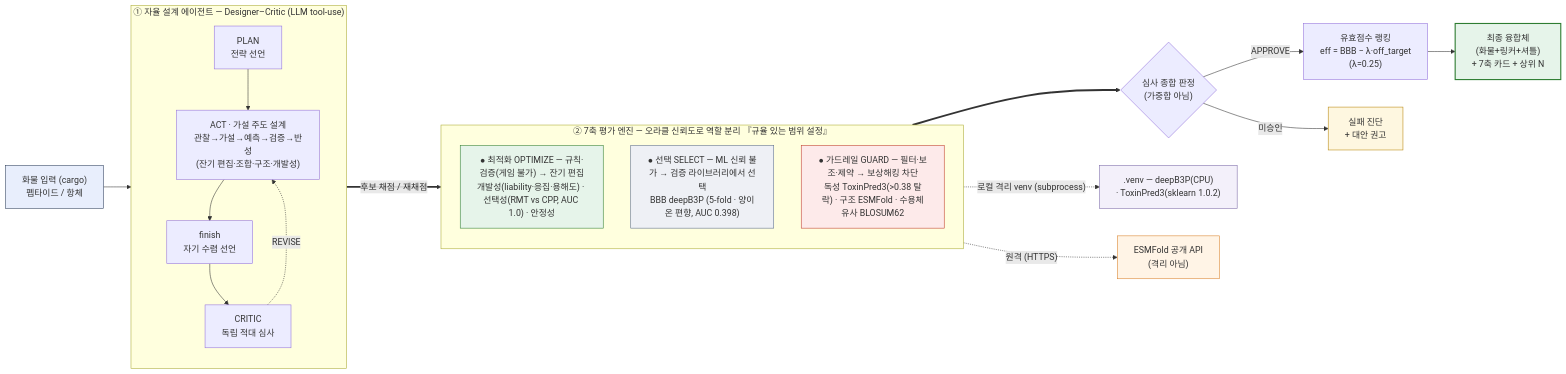
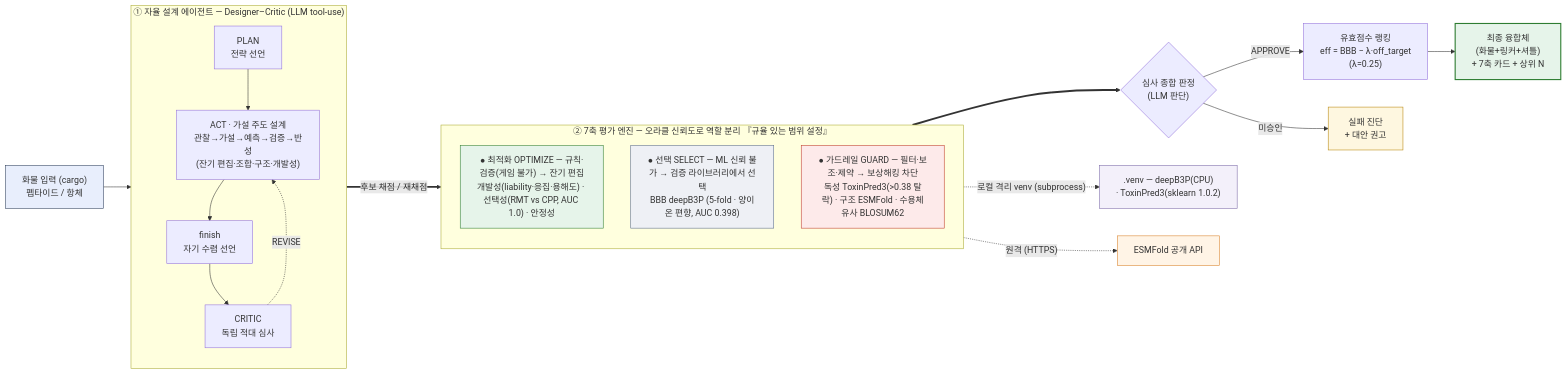
One commit to yunseul6028/BBB-Optimizer changed the first of 9 diagrams in 아키텍처.md. Above: the diagram before and after it, drawn with Mermaid. The commit also changed other lines of this file, not shown here.

First line of the commit message:
docs(아키텍처): 심사 판정 워딩 "(가중합 아님)"→"(LLM 판단)", "(격리 아님)" 문구 제거

````diff
--- a/아키텍처.md
+++ b/아키텍처.md
@@ -17,37 +17,37 @@
 ```mermaid
 flowchart LR
   IN["화물 입력 (cargo)<br/>펩타이드 / 항체"]:::io --> AG
 
   subgraph AG["① 자율 설계 에이전트 — Designer–Critic (LLM tool-use)"]
     direction TB
     PLAN["PLAN<br/>전략 선언"] --> ACT["ACT · 가설 주도 설계<br/>관찰→가설→예측→검증→반성<br/>(잔기 편집·조합·구조·개발성)"]
     ACT --> FIN["finish<br/>자기 수렴 선언"]
     FIN --> CR["CRITIC<br/>독립 적대 심사"]
     CR -.->|REVISE| ACT
   end
 
   AG ==>|"후보 채점 / 재채점"| ENG
 
   subgraph ENG["② 7축 평가 엔진 — 오라클 신뢰도로 역할 분리 『규율 있는 범위 설정』"]
     direction TB
     OPT["● 최적화 OPTIMIZE — 규칙·검증(게임 불가) → 잔기 편집<br/>개발성(liability·응집·용해도) · 선택성(RMT vs CPP, AUC 1.0) · 안정성"]:::opt
     SEL["● 선택 SELECT — ML 신뢰 불가 → 검증 라이브러리에서 선택<br/>BBB deepB3P (5-fold · 양이온 편향, AUC 0.398)"]:::sel
     GRD["● 가드레일 GUARD — 필터·보조·제약 → 보상해킹 차단<br/>독성 ToxinPred3(&gt;0.38 탈락) · 구조 ESMFold · 수용체유사 BLOSUM62"]:::grd
   end
 
-  ENG ==> J{"심사 종합 판정<br/>(가중합 아님)"}
+  ENG ==> J{"심사 종합 판정<br/>(LLM 판단)"}
   J -->|APPROVE| RK["유효점수 랭킹<br/>eff = BBB − λ·off_target<br/>(λ=0.25)"] --> OUT["최종 융합체<br/>(화물+링커+셔틀)<br/>+ 7축 카드 + 상위 N"]:::ok
   J -->|"미승인"| F["실패 진단<br/>+ 대안 권고"]:::warn
 
   ENG -.->|"로컬 격리 venv (subprocess)"| VENV[".venv — deepB3P(CPU)<br/>· ToxinPred3(sklearn 1.0.2)"]:::venv
-  ENG -.->|"원격 (HTTPS)"| API["ESMFold 공개 API<br/>(격리 아님)"]:::api
+  ENG -.->|"원격 (HTTPS)"| API["ESMFold 공개 API"]:::api
 
   classDef io fill:#e8eefc,stroke:#30405c;
   classDef opt fill:#e6f4ea,stroke:#2e7d32;
   classDef sel fill:#eef0f5,stroke:#5a6b8c;
   classDef grd fill:#fdeaea,stroke:#c0392b;
   classDef ok fill:#e6f4ea,stroke:#2e7d32,stroke-width:2px;
   classDef warn fill:#fef7e0,stroke:#b8860b;
   classDef venv fill:#f3f0fa,stroke:#7c6aa8;
   classDef api fill:#fff4e6,stroke:#d9822b;
 ```
````
